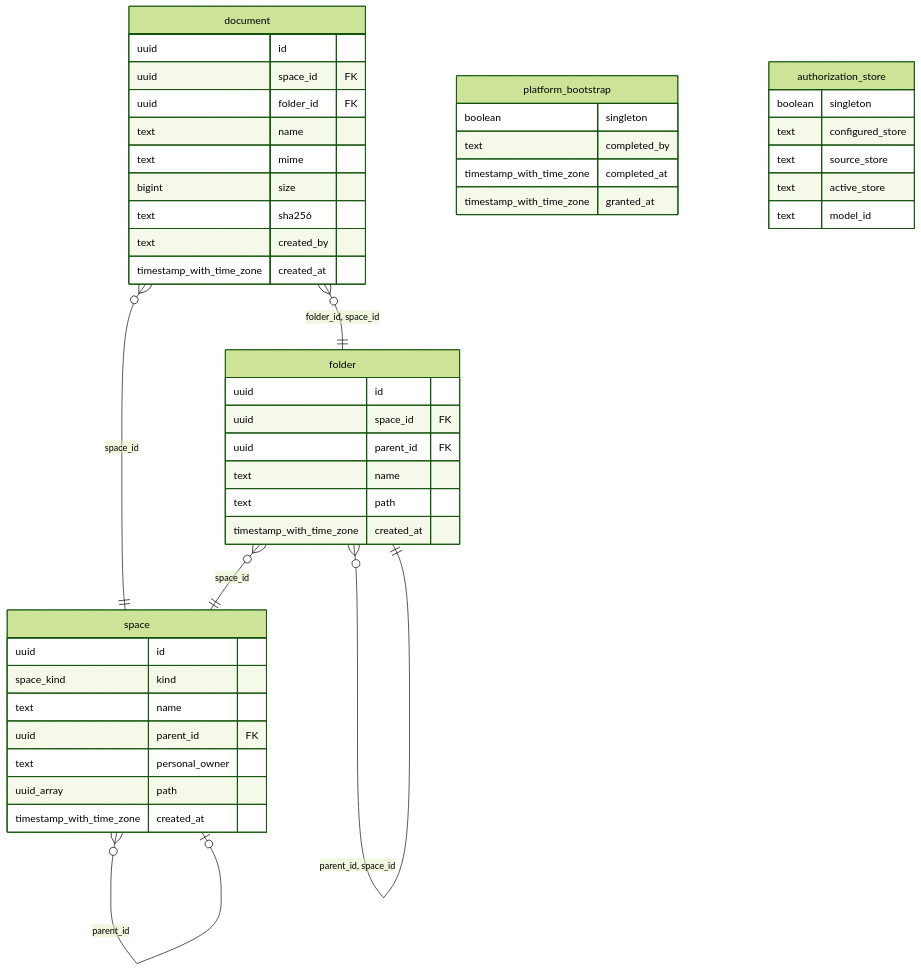
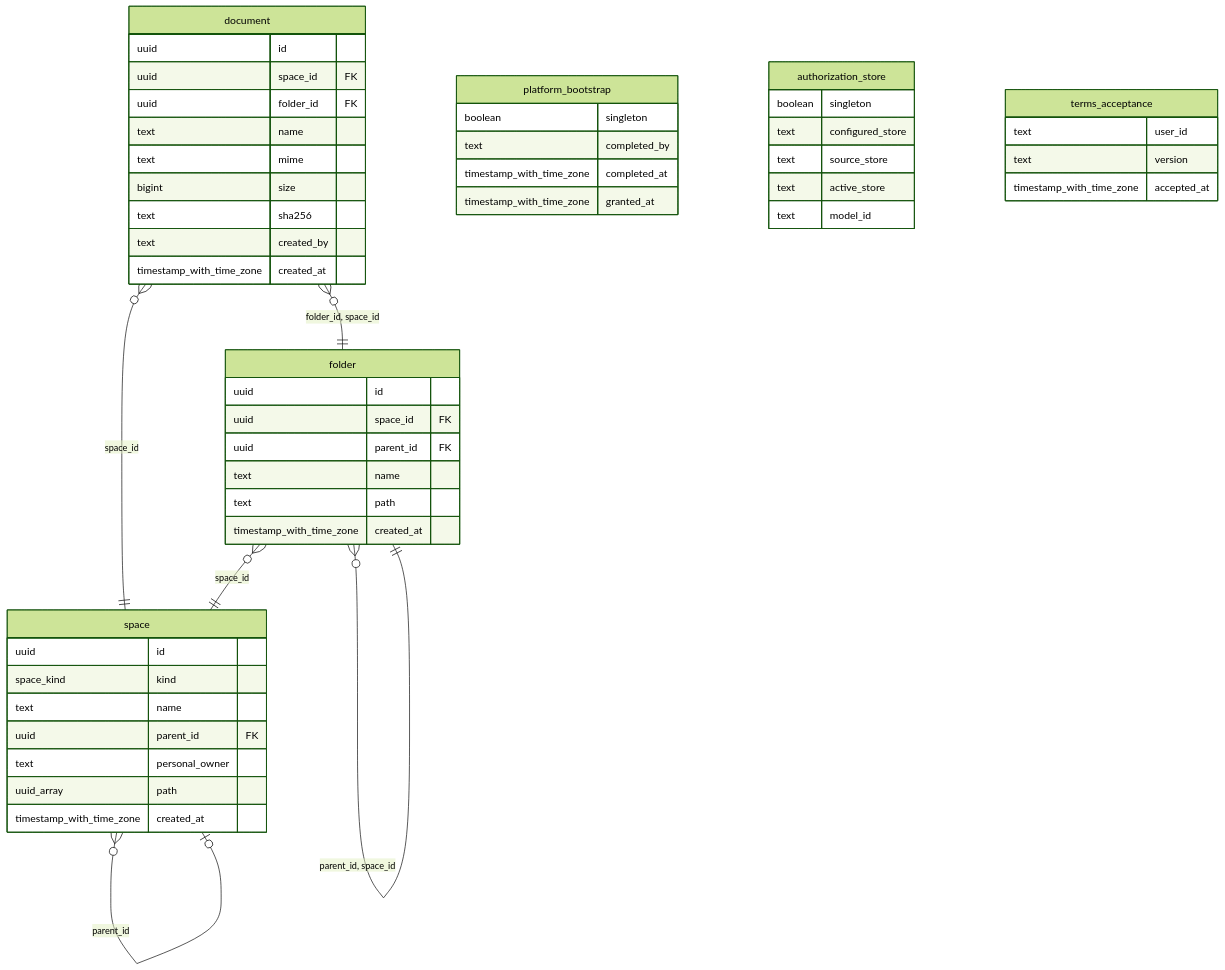
Before and after one commit to ThalesGroup/fred: the first of 2 diagrams in docs/architecture/05-data-and-authorization.md, drawn with Mermaid (forest theme). The commit also changed other lines of this file and 47 other files, not shown here.

````diff
--- a/docs/architecture/05-data-and-authorization.md
+++ b/docs/architecture/05-data-and-authorization.md
@@ -10,51 +10,56 @@
 ```mermaid
 erDiagram
 
 "space" }o--o| "space" : "parent_id"
 "folder" }o--|| "space" : "space_id"
 "folder" }o--|| "folder" : "parent_id, space_id"
 "document" }o--|| "space" : "space_id"
 "document" }o--|| "folder" : "folder_id, space_id"
 
 "space" {
   uuid id
   space_kind kind
   text name
   uuid parent_id FK
   text personal_owner
   uuid_array path
   timestamp_with_time_zone created_at
 }
 "folder" {
   uuid id
   uuid space_id FK
   uuid parent_id FK
   text name
   text path
   timestamp_with_time_zone created_at
 }
 "document" {
   uuid id
   uuid space_id FK
   uuid folder_id FK
   text name
   text mime
   bigint size
   text sha256
   text created_by
   timestamp_with_time_zone created_at
 }
 "platform_bootstrap" {
   boolean singleton
   text completed_by
   timestamp_with_time_zone completed_at
   timestamp_with_time_zone granted_at
 }
 "authorization_store" {
   boolean singleton
   text configured_store
   text source_store
   text active_store
   text model_id
 }
+"terms_acceptance" {
+  text user_id
+  text version
+  timestamp_with_time_zone accepted_at
+}
 ```
````
